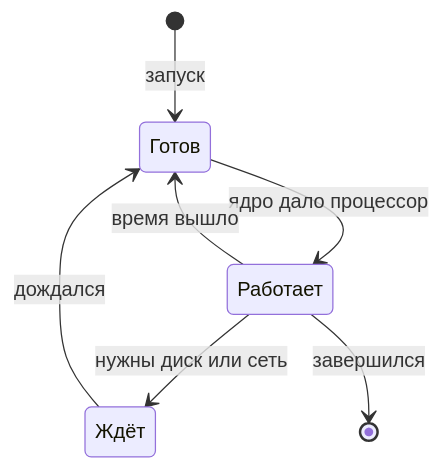
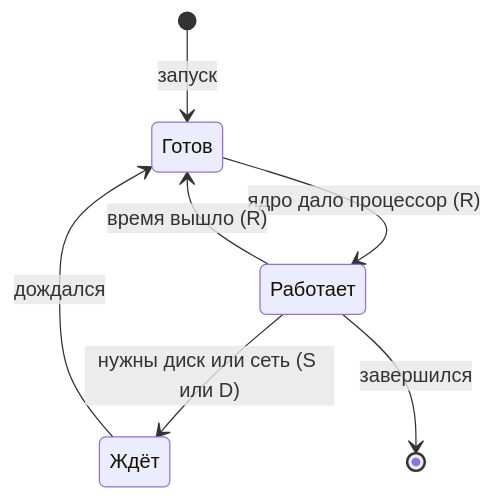
The second of 3 diagrams in load-tester/01-linux/03-processes-resources.md (distinguished-sre/learning), drawn with Mermaid before and after one commit. The commit also changed other lines of this file and 462 other files, not shown here.

````diff
--- a/load-tester/01-linux/03-processes-resources.md
+++ b/load-tester/01-linux/03-processes-resources.md
@@ -87,9 +100,9 @@
 ```mermaid
 stateDiagram-v2
     [*] --> Готов: запуск
-    Готов --> Работает: ядро дало процессор
-    Работает --> Готов: время вышло
-    Работает --> Ждёт: нужны диск или сеть
+    Готов --> Работает: ядро дало процессор (R)
+    Работает --> Готов: время вышло (R)
+    Работает --> Ждёт: нужны диск или сеть (S или D)
     Ждёт --> Готов: дождался
     Работает --> [*]: завершился
 ```
````
